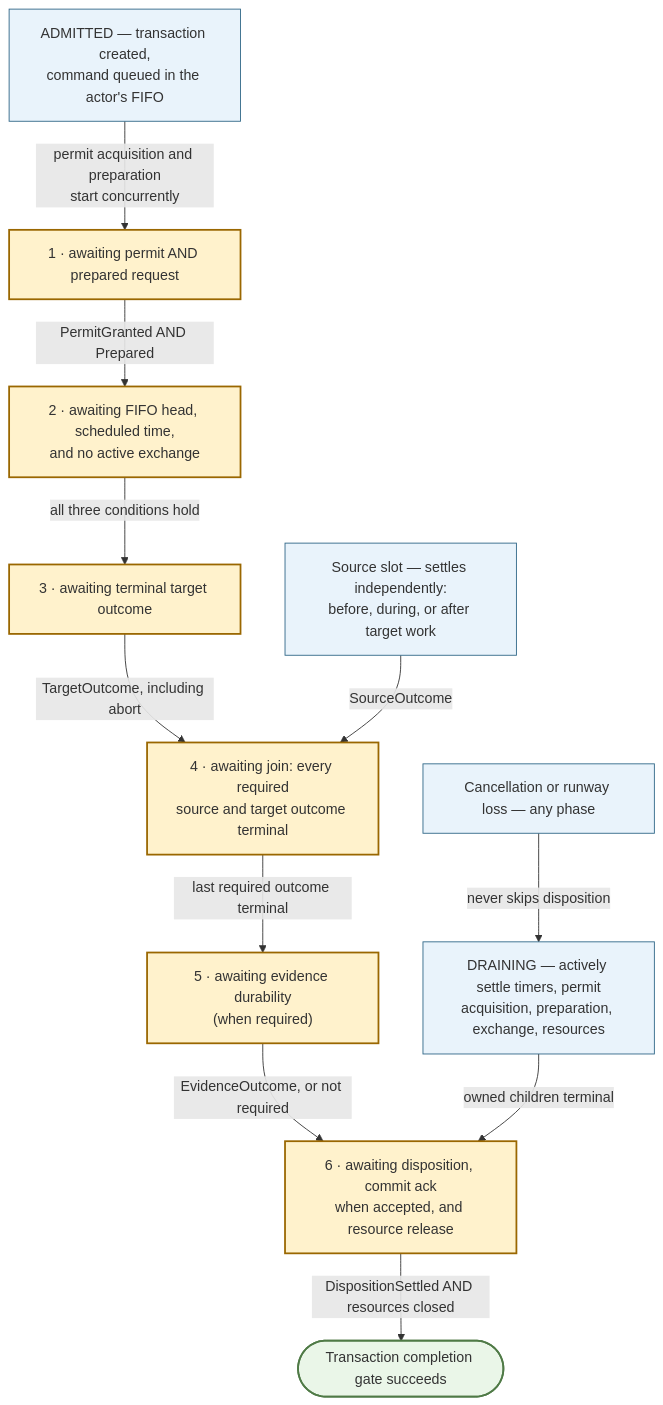
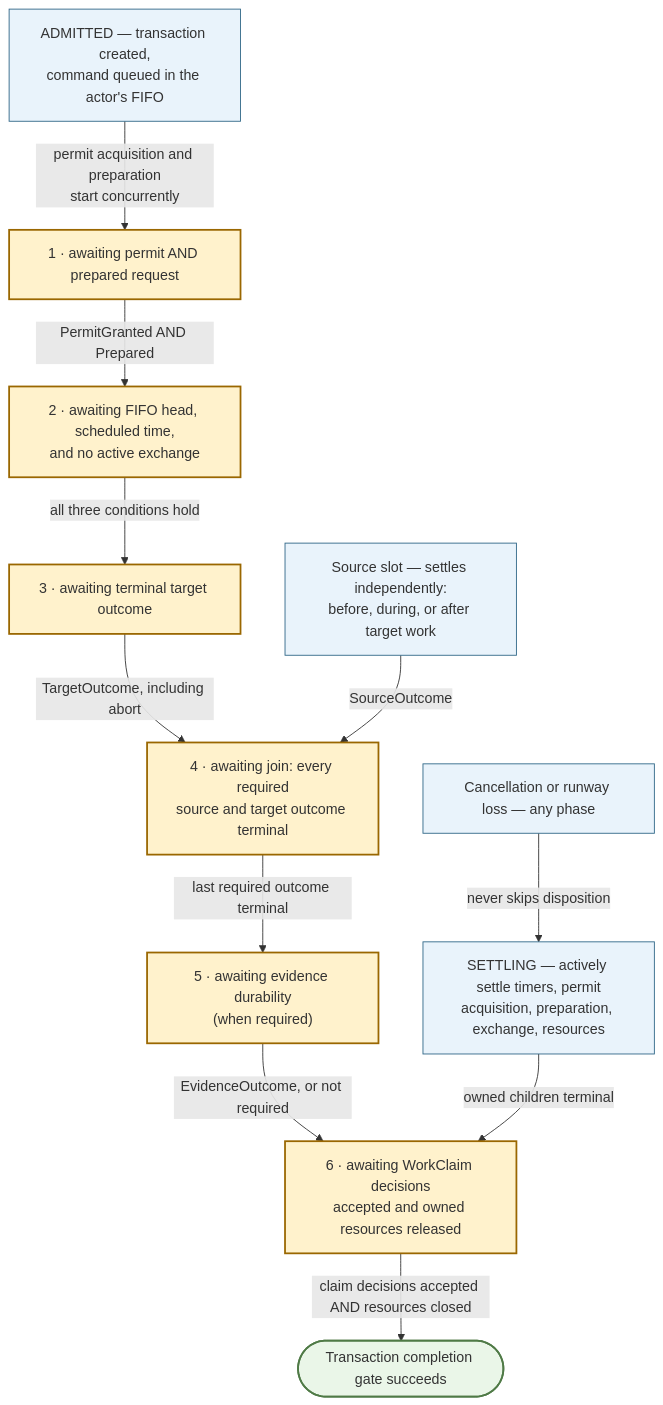
The second of 4 diagrams in docs/replayerHardenedArchitectureDesign.md (opensearch-project/opensearch-migrations), drawn with Mermaid before and after one commit. The commit also changed other lines of this file and 3 other files, not shown here.

````diff
--- a/docs/replayerHardenedArchitectureDesign.md
+++ b/docs/replayerHardenedArchitectureDesign.md
@@ -687,33 +685,33 @@
 ```mermaid
 flowchart TD
     ADMITTED["ADMITTED — transaction created,<br/>command queued in the actor's FIFO"]
     W1["1 · awaiting permit AND prepared request"]
     W2["2 · awaiting FIFO head, scheduled time,<br/>and no active exchange"]
     W3["3 · awaiting terminal target outcome"]
     W4["4 · awaiting join: every required<br/>source and target outcome terminal"]
     W5["5 · awaiting evidence durability<br/>(when required)"]
-    W6["6 · awaiting disposition, commit ack<br/>when accepted, and resource release"]
+    W6["6 · awaiting WorkClaim decisions<br/>accepted and owned resources released"]
     DONE(["Transaction completion gate succeeds"])
 
     SRC["Source slot — settles independently:<br/>before, during, or after target work"]
     CANCEL["Cancellation or runway loss — any phase"]
-    DRAIN["DRAINING — actively settle timers, permit<br/>acquisition, preparation, exchange, resources"]
+    SETTLING["SETTLING — actively settle timers, permit<br/>acquisition, preparation, exchange, resources"]
 
     ADMITTED -->|"permit acquisition and preparation<br/>start concurrently"| W1
     W1 -->|"PermitGranted AND Prepared"| W2
     W2 -->|"all three conditions hold"| W3
     W3 -->|"TargetOutcome, including abort"| W4
     SRC -->|"SourceOutcome"| W4
     W4 -->|"last required outcome terminal"| W5
     W5 -->|"EvidenceOutcome, or not required"| W6
-    W6 -->|"DispositionSettled AND resources closed"| DONE
-    CANCEL -->|"never skips disposition"| DRAIN
-    DRAIN -->|"owned children terminal"| W6
+    W6 -->|"claim decisions accepted AND resources closed"| DONE
+    CANCEL -->|"never skips disposition"| SETTLING
+    SETTLING -->|"owned children terminal"| W6
 
     classDef wait fill:#fff2cc,stroke:#9a6700,stroke-width:2px
     classDef action fill:#e9f3fb,stroke:#2f6687
     classDef terminal fill:#eaf6e8,stroke:#4f7a46,stroke-width:2px
     class W1,W2,W3,W4,W5,W6 wait
-    class ADMITTED,SRC,CANCEL,DRAIN action
+    class ADMITTED,SRC,CANCEL,SETTLING action
     class DONE terminal
 ```
````
